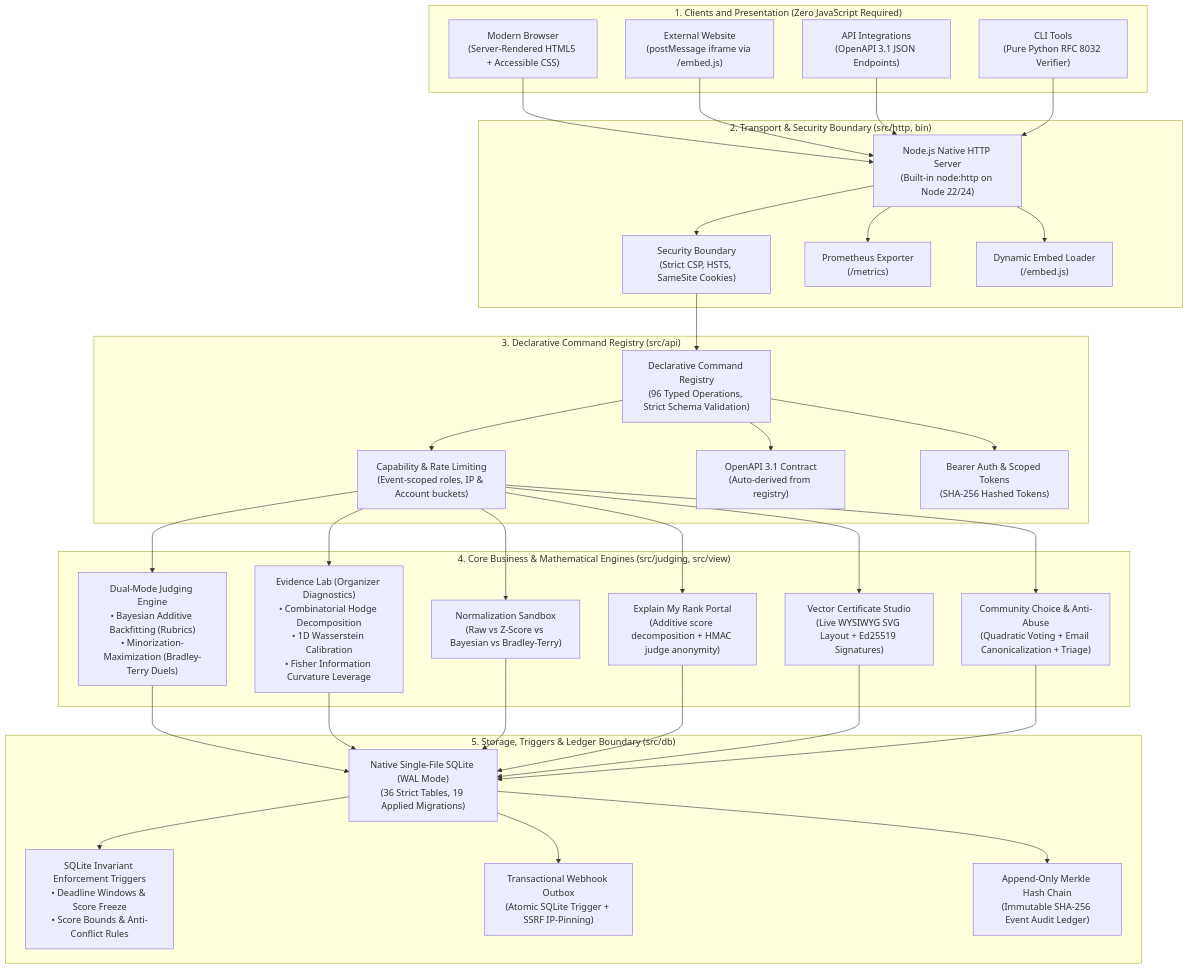
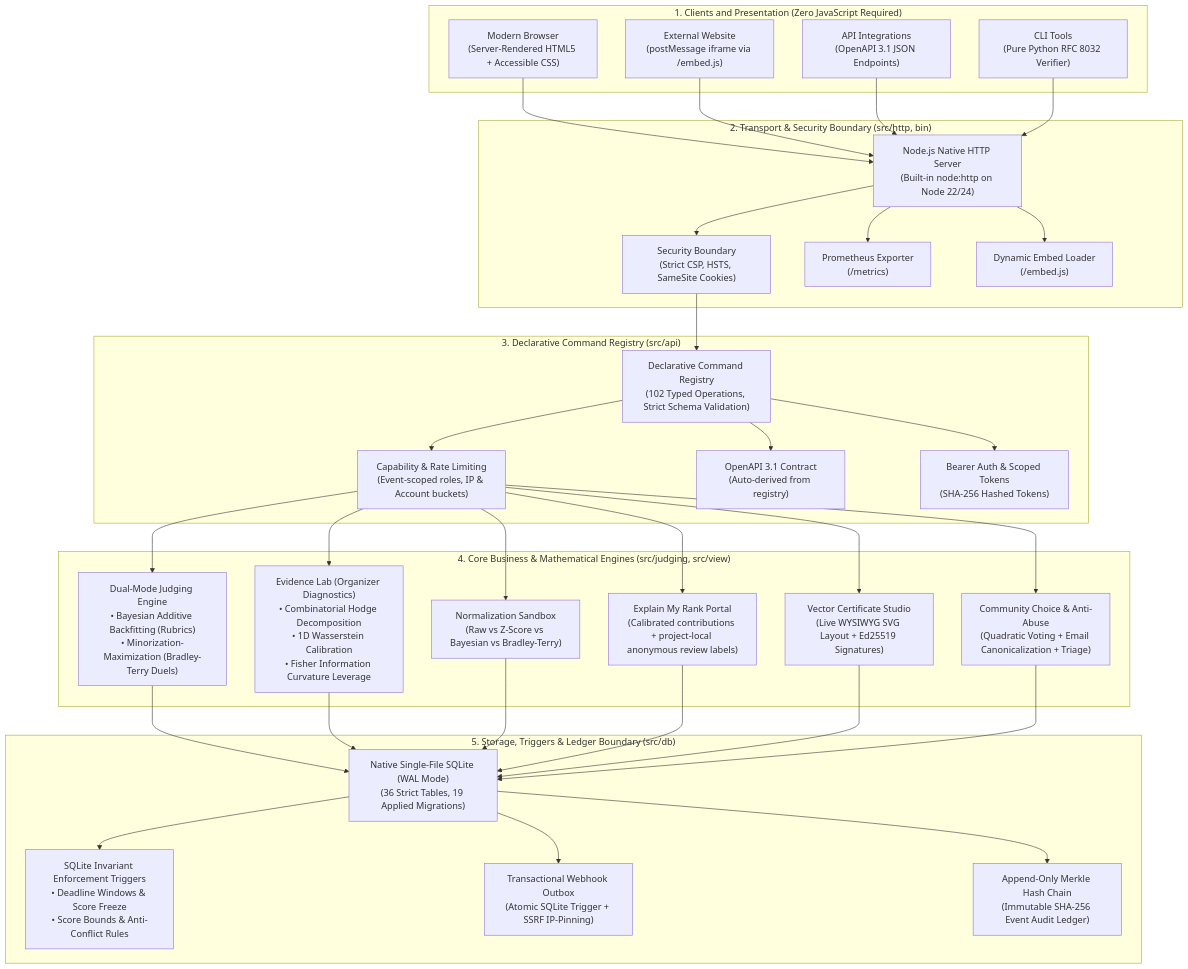
Before and after one commit to ewwhardik/manak: the diagram in README.md, drawn with Mermaid. The commit also changed other lines of this file and 17 other files, not shown here.

````diff
--- a/README.md
+++ b/README.md
@@ -118,71 +117,71 @@
 ```mermaid
 flowchart TD
   subgraph Clients["1. Clients and Presentation (Zero JavaScript Required)"]
     Browser["Modern Browser<br/>(Server-Rendered HTML5 + Accessible CSS)"]
     EmbedHost["External Website<br/>(postMessage iframe via /embed.js)"]
     APIClient["API Integrations<br/>(OpenAPI 3.1 JSON Endpoints)"]
     CLI["CLI Tools<br/>(Pure Python RFC 8032 Verifier)"]
   end
 
   subgraph Transport["2. Transport & Security Boundary (src/http, bin)"]
     NodeHTTP["Node.js Native HTTP Server<br/>(Built-in node:http on Node 22/24)"]
     CSPHeaders["Security Boundary<br/>(Strict CSP, HSTS, SameSite Cookies)"]
     PromExporter["Prometheus Exporter<br/>(/metrics)"]
     EmbedLoader["Dynamic Embed Loader<br/>(/embed.js)"]
   end
 
   subgraph APILayer["3. Declarative Command Registry (src/api)"]
-    CommandRegistry["Declarative Command Registry<br/>(96 Typed Operations, Strict Schema Validation)"]
+    CommandRegistry["Declarative Command Registry<br/>(102 Typed Operations, Strict Schema Validation)"]
     AccessGate["Capability & Rate Limiting<br/>(Event-scoped roles, IP & Account buckets)"]
     OpenAPIGen["OpenAPI 3.1 Contract<br/>(Auto-derived from registry)"]
     TokenAuth["Bearer Auth & Scoped Tokens<br/>(SHA-256 Hashed Tokens)"]
   end
 
   subgraph Engines["4. Core Business & Mathematical Engines (src/judging, src/view)"]
     DualJudging["Dual-Mode Judging Engine<br/>• Bayesian Additive Backfitting (Rubrics)<br/>• Minorization-Maximization (Bradley-Terry Duels)"]
     EvidenceLab["Evidence Lab (Organizer Diagnostics)<br/>• Combinatorial Hodge Decomposition<br/>• 1D Wasserstein Calibration<br/>• Fisher Information Curvature Leverage"]
     Sandbox["Normalization Sandbox<br/>(Raw vs Z-Score vs Bayesian vs Bradley-Terry)"]
-    ExplainRank["Explain My Rank Portal<br/>(Additive score decomposition + HMAC judge anonymity)"]
+    ExplainRank["Explain My Rank Portal<br/>(Calibrated contributions + project-local anonymous review labels)"]
     CertStudio["Vector Certificate Studio<br/>(Live WYSIWYG SVG Layout + Ed25519 Signatures)"]
     AntiAbuse["Community Choice & Anti-Abuse<br/>(Quadratic Voting + Email Canonicalization + Triage)"]
   end
 
   subgraph Persistence["5. Storage, Triggers & Ledger Boundary (src/db)"]
     SQLiteDB["Native Single-File SQLite (WAL Mode)<br/>(36 Strict Tables, 19 Applied Migrations)"]
     InvariantTriggers["SQLite Invariant Enforcement Triggers<br/>• Deadline Windows & Score Freeze<br/>• Score Bounds & Anti-Conflict Rules"]
     OutboxQueue["Transactional Webhook Outbox<br/>(Atomic SQLite Trigger + SSRF IP-Pinning)"]
     LedgerChain["Append-Only Merkle Hash Chain<br/>(Immutable SHA-256 Event Audit Ledger)"]
   end
 
   Browser --> NodeHTTP
   EmbedHost --> NodeHTTP
   APIClient --> NodeHTTP
   CLI --> NodeHTTP
 
   NodeHTTP --> CSPHeaders
   NodeHTTP --> PromExporter
   NodeHTTP --> EmbedLoader
   CSPHeaders --> CommandRegistry
 
   CommandRegistry --> AccessGate
   CommandRegistry --> TokenAuth
   CommandRegistry --> OpenAPIGen
 
   AccessGate --> DualJudging
   AccessGate --> EvidenceLab
   AccessGate --> Sandbox
   AccessGate --> ExplainRank
   AccessGate --> CertStudio
   AccessGate --> AntiAbuse
 
   DualJudging --> SQLiteDB
   EvidenceLab --> SQLiteDB
   Sandbox --> SQLiteDB
   ExplainRank --> SQLiteDB
   CertStudio --> SQLiteDB
   AntiAbuse --> SQLiteDB
 
   SQLiteDB --> InvariantTriggers
   SQLiteDB --> OutboxQueue
   SQLiteDB --> LedgerChain
 ```
````
